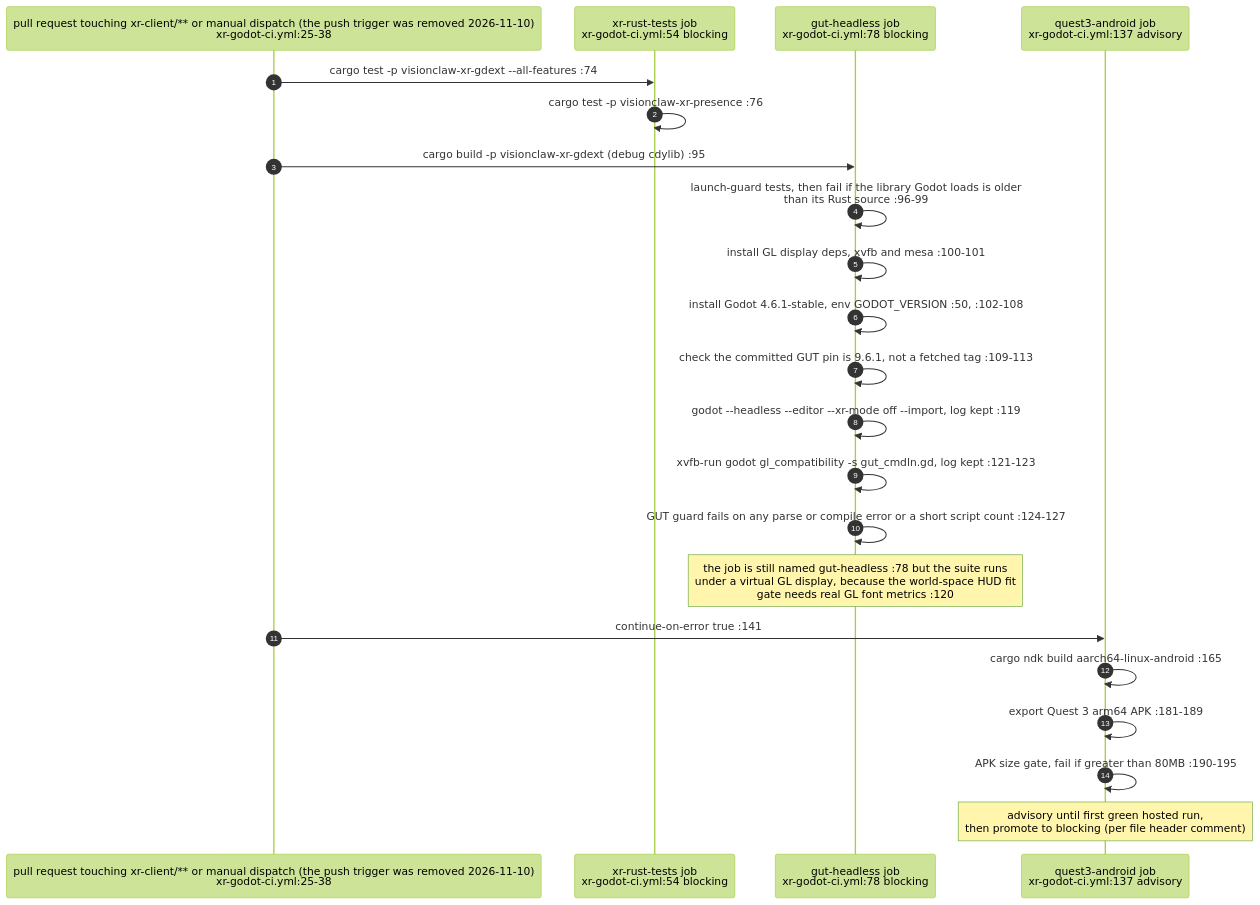
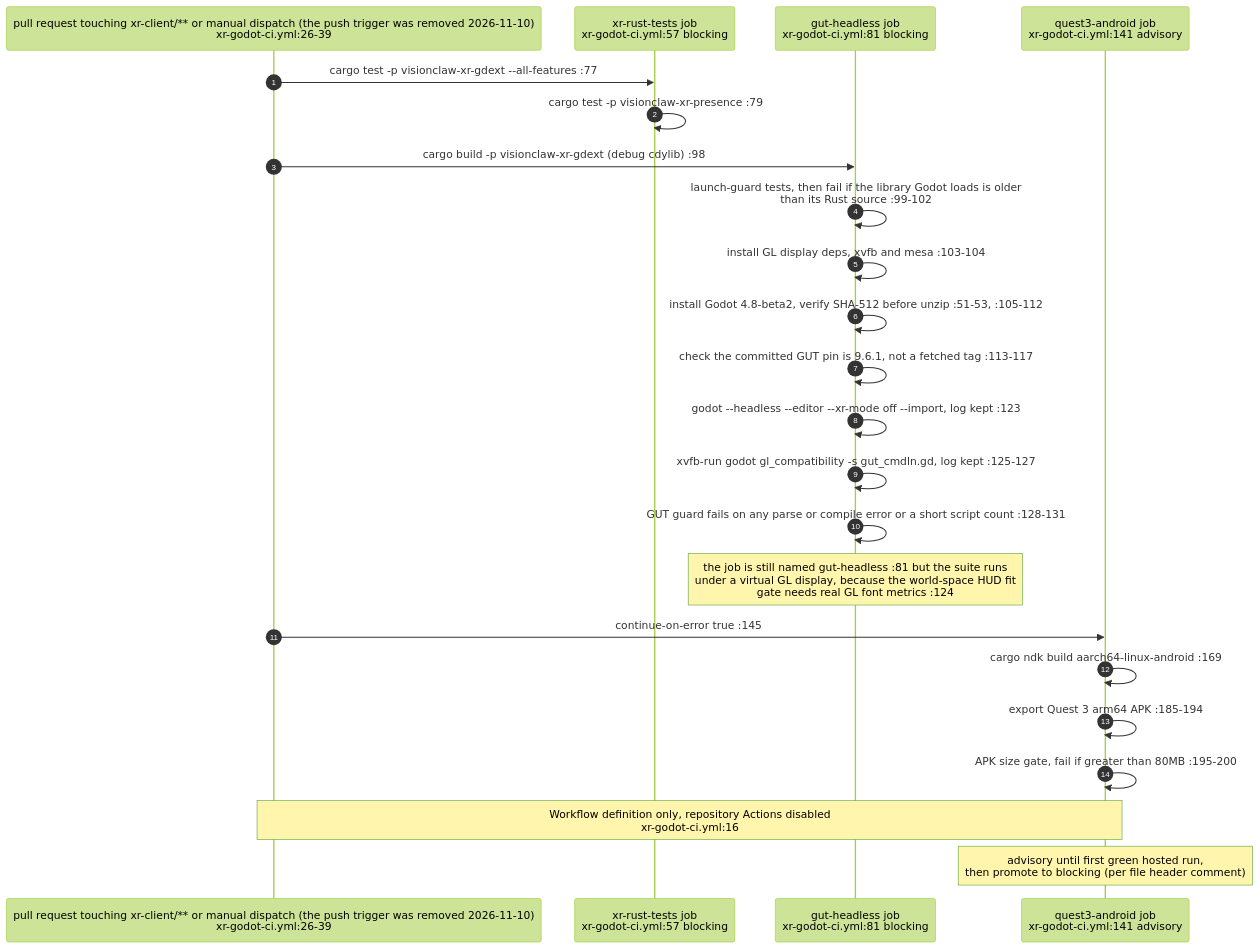
Diagram 14 of 24 in docs/diagrams/estate/09-build-deploy-and-ci-estate.md (DreamLab-AI/VisionFlow), drawn with Mermaid (forest theme) before and after one commit. The commit also changed other lines of this file and 7 other files, not shown here.

Commit message:
docs: reconcile merged ADRs and XR workflow definition

````diff
--- a/docs/diagrams/estate/09-build-deploy-and-ci-estate.md
+++ b/docs/diagrams/estate/09-build-deploy-and-ci-estate.md
@@ -568,25 +568,26 @@
 ```mermaid
 sequenceDiagram
     autonumber
-    participant GH as pull request touching xr-client/** or manual dispatch (the push trigger was removed 2026-11-10)<br/>xr-godot-ci.yml:25-38
-    participant RT as xr-rust-tests job<br/>xr-godot-ci.yml:54 blocking
-    participant GUT as gut-headless job<br/>xr-godot-ci.yml:78 blocking
-    participant Q3 as quest3-android job<br/>xr-godot-ci.yml:137 advisory
+    participant GH as pull request touching xr-client/** or manual dispatch (the push trigger was removed 2026-11-10)<br/>xr-godot-ci.yml:26-39
+    participant RT as xr-rust-tests job<br/>xr-godot-ci.yml:57 blocking
+    participant GUT as gut-headless job<br/>xr-godot-ci.yml:81 blocking
+    participant Q3 as quest3-android job<br/>xr-godot-ci.yml:141 advisory
 
-    GH->>RT: cargo test -p visionclaw-xr-gdext --all-features :74
-    RT->>RT: cargo test -p visionclaw-xr-presence :76
-    GH->>GUT: cargo build -p visionclaw-xr-gdext (debug cdylib) :95
-    GUT->>GUT: launch-guard tests, then fail if the library Godot loads is older<br/>than its Rust source :96-99
-    GUT->>GUT: install GL display deps, xvfb and mesa :100-101
-    GUT->>GUT: install Godot 4.6.1-stable, env GODOT_VERSION :50, :102-108
-    GUT->>GUT: check the committed GUT pin is 9.6.1, not a fetched tag :109-113
-    GUT->>GUT: godot --headless --editor --xr-mode off --import, log kept :119
-    GUT->>GUT: xvfb-run godot gl_compatibility -s gut_cmdln.gd, log kept :121-123
-    GUT->>GUT: GUT guard fails on any parse or compile error or a short script count :124-127
-    Note over GUT: the job is still named gut-headless :78 but the suite runs<br/>under a virtual GL display, because the world-space HUD fit<br/>gate needs real GL font metrics :120
-    GH->>Q3: continue-on-error true :141
-    Q3->>Q3: cargo ndk build aarch64-linux-android :165
-    Q3->>Q3: export Quest 3 arm64 APK :181-189
-    Q3->>Q3: APK size gate, fail if greater than 80MB :190-195
+    GH->>RT: cargo test -p visionclaw-xr-gdext --all-features :77
+    RT->>RT: cargo test -p visionclaw-xr-presence :79
+    GH->>GUT: cargo build -p visionclaw-xr-gdext (debug cdylib) :98
+    GUT->>GUT: launch-guard tests, then fail if the library Godot loads is older<br/>than its Rust source :99-102
+    GUT->>GUT: install GL display deps, xvfb and mesa :103-104
+    GUT->>GUT: install Godot 4.8-beta2, verify SHA-512 before unzip :51-53, :105-112
+    GUT->>GUT: check the committed GUT pin is 9.6.1, not a fetched tag :113-117
+    GUT->>GUT: godot --headless --editor --xr-mode off --import, log kept :123
+    GUT->>GUT: xvfb-run godot gl_compatibility -s gut_cmdln.gd, log kept :125-127
+    GUT->>GUT: GUT guard fails on any parse or compile error or a short script count :128-131
+    Note over GUT: the job is still named gut-headless :81 but the suite runs<br/>under a virtual GL display, because the world-space HUD fit<br/>gate needs real GL font metrics :124
+    GH->>Q3: continue-on-error true :145
+    Q3->>Q3: cargo ndk build aarch64-linux-android :169
+    Q3->>Q3: export Quest 3 arm64 APK :185-194
+    Q3->>Q3: APK size gate, fail if greater than 80MB :195-200
+    Note over GH,Q3: Workflow definition only, repository Actions disabled<br/>xr-godot-ci.yml:16
     Note over Q3: advisory until first green hosted run,<br/>then promote to blocking (per file header comment)
 ```
````
